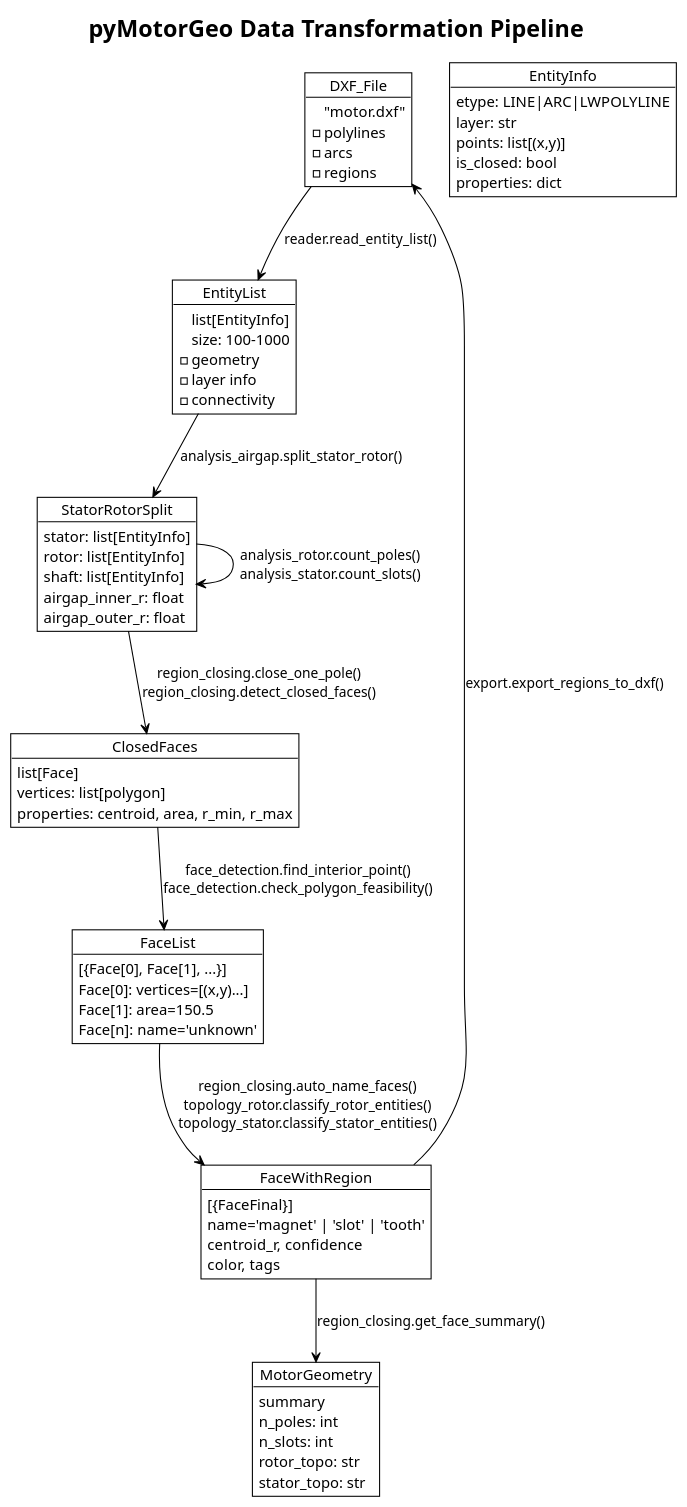
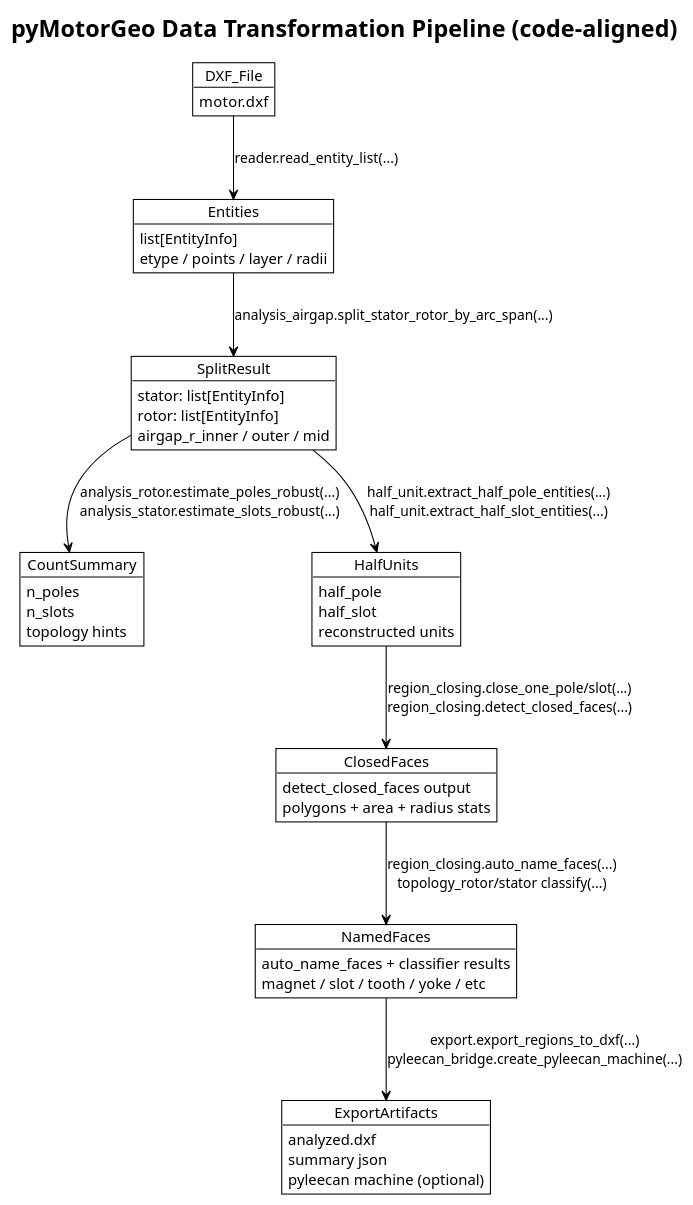
The diagram in Class/pyMotorGeo_DataTransform.puml (enjoyneer87/eMach), drawn with PlantUML before and after one commit. The commit also changed 45 other files, not shown here.

```diff
--- a/Class/pyMotorGeo_DataTransform.puml
+++ b/Class/pyMotorGeo_DataTransform.puml
@@ -1,69 +1,51 @@
 @startuml pyMotorGeo_DataTransform
 !theme plain
-title pyMotorGeo Data Transformation Pipeline
+title pyMotorGeo Data Transformation Pipeline (code-aligned)
 
 object DXF_File
-object EntityList
-object EntityInfo
-object StatorRotorSplit
+object Entities
+object SplitResult
+object CountSummary
+object HalfUnits
 object ClosedFaces
-object FaceList
-object FaceWithRegion
-object MotorGeometry
+object NamedFaces
+object ExportArtifacts
 
-DXF_File : "motor.dxf"
-DXF_File : - polylines
-DXF_File : - arcs
-DXF_File : - regions
+DXF_File : motor.dxf
 
-EntityList : list[EntityInfo]
-EntityList : size: 100-1000
-EntityList : - geometry
-EntityList : - layer info
-EntityList : - connectivity
+Entities : list[EntityInfo]
+Entities : etype / points / layer / radii
 
-EntityInfo : etype: LINE|ARC|LWPOLYLINE
-EntityInfo : layer: str
-EntityInfo : points: list[(x,y)]
-EntityInfo : is_closed: bool
-EntityInfo : properties: dict
+SplitResult : stator: list[EntityInfo]
+SplitResult : rotor: list[EntityInfo]
+SplitResult : airgap_r_inner / outer / mid
 
-StatorRotorSplit : stator: list[EntityInfo]
-StatorRotorSplit : rotor: list[EntityInfo]
-StatorRotorSplit : shaft: list[EntityInfo]
-StatorRotorSplit : airgap_inner_r: float
-StatorRotorSplit : airgap_outer_r: float
+CountSummary : n_poles
+CountSummary : n_slots
+CountSummary : topology hints
 
-ClosedFaces : list[Face]
-ClosedFaces : vertices: list[polygon]
-ClosedFaces : properties: centroid, area, r_min, r_max
+HalfUnits : half_pole
+HalfUnits : half_slot
+HalfUnits : reconstructed units
 
-FaceList : [{Face[0], Face[1], ...}]
-FaceList : Face[0]: vertices=[(x,y)...]
-FaceList : Face[1]: area=150.5
-FaceList : Face[n]: name='unknown'
+ClosedFaces : detect_closed_faces output
+ClosedFaces : polygons + area + radius stats
 
-FaceWithRegion : [{FaceFinal}]
-FaceWithRegion : name='magnet' | 'slot' | 'tooth'
-FaceWithRegion : centroid_r, confidence
-FaceWithRegion : color, tags
+NamedFaces : auto_name_faces + classifier results
+NamedFaces : magnet / slot / tooth / yoke / etc
 
-MotorGeometry : summary
-MotorGeometry : n_poles: int
-MotorGeometry : n_slots: int
-MotorGeometry : rotor_topo: str
-MotorGeometry : stator_topo: str
+ExportArtifacts : analyzed.dxf
+ExportArtifacts : summary json
+ExportArtifacts : pyleecan machine (optional)
 
-' Transformations
-DXF_File --> EntityList : reader.read_entity_list()
-EntityList --> StatorRotorSplit : analysis_airgap.split_stator_rotor()
-StatorRotorSplit --> StatorRotorSplit : analysis_rotor.count_poles()\nanalysis_stator.count_slots()
+DXF_File --> Entities : reader.read_entity_list(...)
+Entities --> SplitResult : analysis_airgap.split_stator_rotor_by_arc_span(...)
+SplitResult --> CountSummary : analysis_rotor.estimate_poles_robust(...)\nanalysis_stator.estimate_slots_robust(...)
 
-StatorRotorSplit --> ClosedFaces : region_closing.close_one_pole()\nregion_closing.detect_closed_faces()
-ClosedFaces --> FaceList : face_detection.find_interior_point()\nface_detection.check_polygon_feasibility()
-FaceList --> FaceWithRegion : region_closing.auto_name_faces()\ntopology_rotor.classify_rotor_entities()\ntopology_stator.classify_stator_entities()
+SplitResult --> HalfUnits : half_unit.extract_half_pole_entities(...)\nhalf_unit.extract_half_slot_entities(...)
+HalfUnits --> ClosedFaces : region_closing.close_one_pole/slot(...)\nregion_closing.detect_closed_faces(...)
+ClosedFaces --> NamedFaces : region_closing.auto_name_faces(...)\ntopology_rotor/stator classify(...)
 
-FaceWithRegion --> MotorGeometry : region_closing.get_face_summary()
-FaceWithRegion --> DXF_File : export.export_regions_to_dxf()
+NamedFaces --> ExportArtifacts : export.export_regions_to_dxf(...)\npyleecan_bridge.create_pyleecan_machine(...)
 
 @enduml
```
